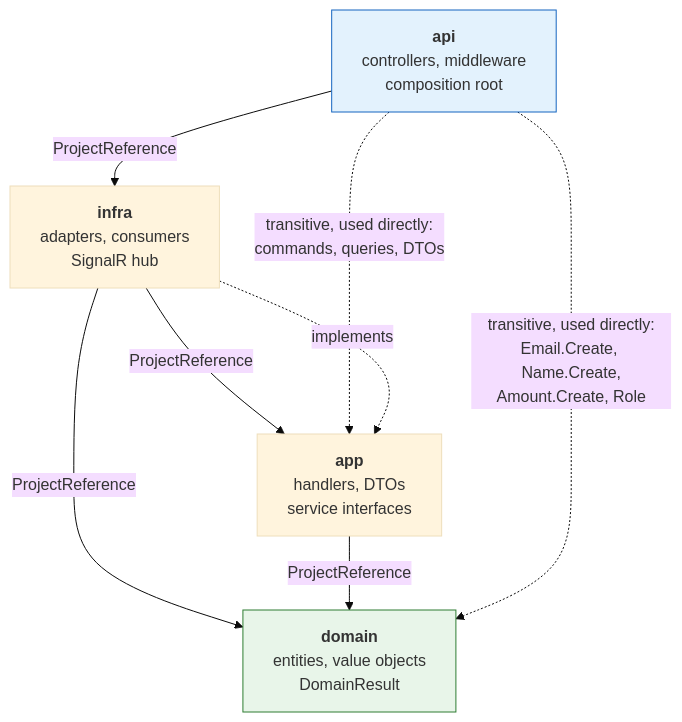
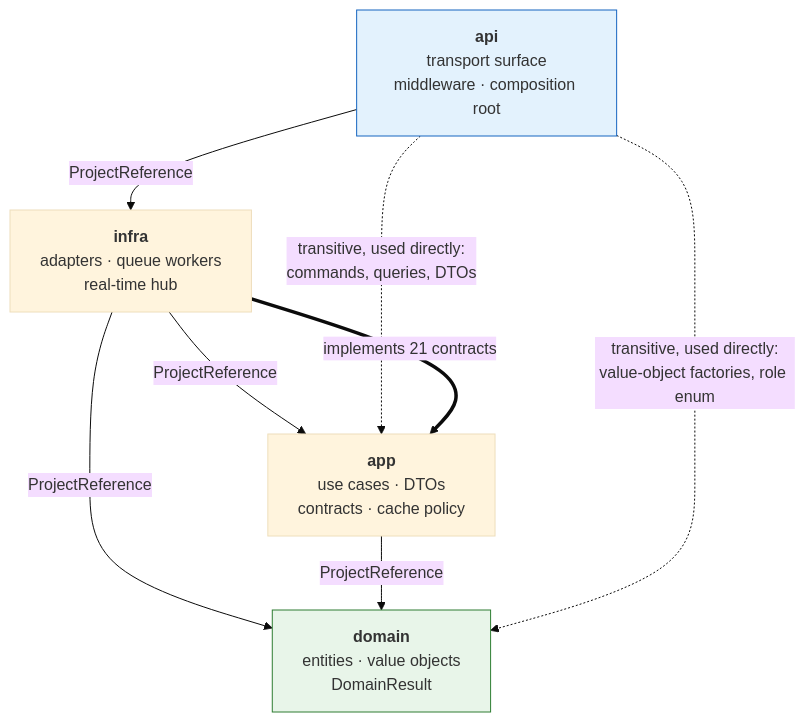
One commit to Datnguynx110605/Bump_Server changed the second of 5 diagrams in doc/architecture.md. Above: the diagram before and after it, drawn with Mermaid (base theme). The commit also changed other lines of this file and 6 other files, not shown here.

Commit message:
docs: restructure into HLD, architecture spec and developer guide; correct stale source-of-truth counts across all documentation

````diff
--- a/doc/architecture.md
+++ b/doc/architecture.md
@@ -41,20 +113,19 @@
 ```mermaid
 graph TD
-    api["<b>api</b><br/>controllers, middleware<br/>composition root"]
-    infra["<b>infra</b><br/>adapters, consumers<br/>SignalR hub"]
-    app["<b>app</b><br/>handlers, DTOs<br/>service interfaces"]
-    domain["<b>domain</b><br/>entities, value objects<br/>DomainResult"]
+    api["<b>api</b><br/>transport surface<br/>middleware · composition root"]
+    infra["<b>infra</b><br/>adapters · queue workers<br/>real-time hub"]
+    app["<b>app</b><br/>use cases · DTOs<br/>contracts · cache policy"]
+    domain["<b>domain</b><br/>entities · value objects<br/>DomainResult"]
 
     api -->|ProjectReference| infra
     infra -->|ProjectReference| app
     infra -->|ProjectReference| domain
     app -->|ProjectReference| domain
 
-    api -.->|"transitive, used directly:<br/>Email.Create, Name.Create,<br/>Amount.Create, Role"| domain
+    api -.->|"transitive, used directly:<br/>value-object factories, role enum"| domain
     api -.->|"transitive, used directly:<br/>commands, queries, DTOs"| app
-
-    infra -.->|"implements"| app
+    infra ==>|"implements 21 contracts"| app
 
     style domain fill:#e8f5e9,stroke:#2e7d32
     style api fill:#e3f2fd,stroke:#1565c0
 ```
````
